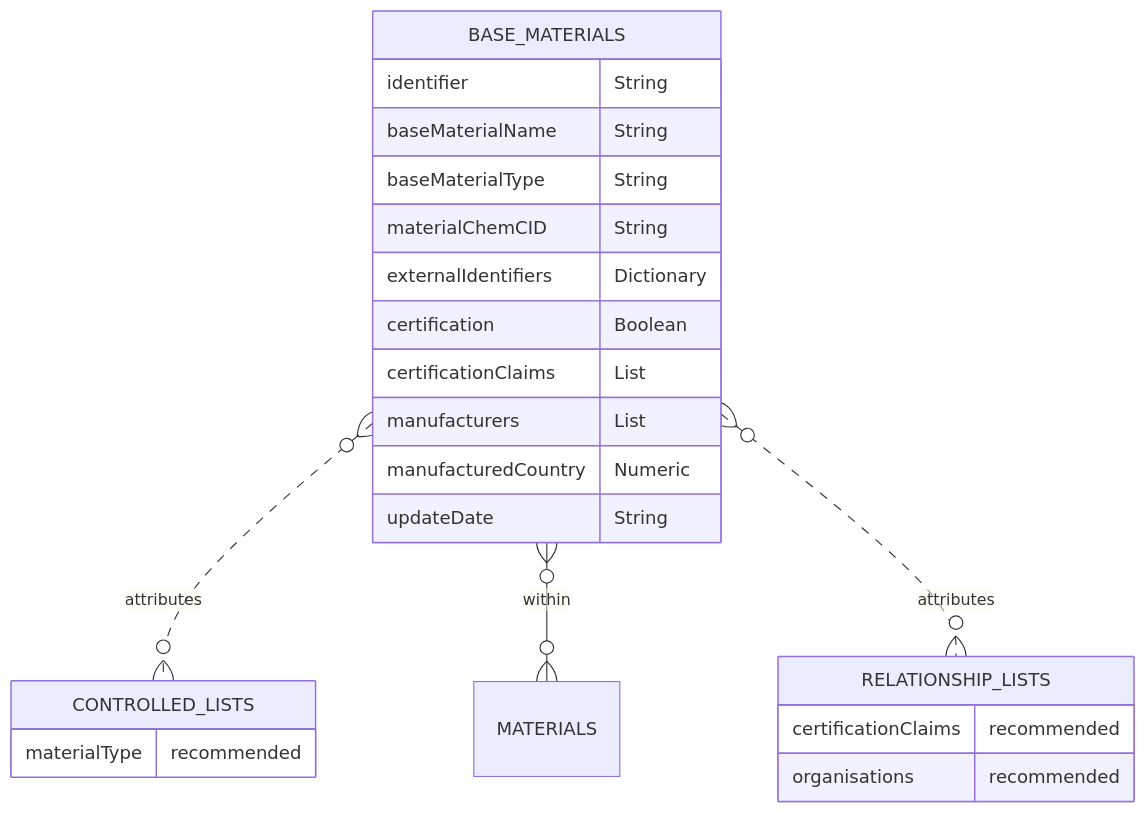
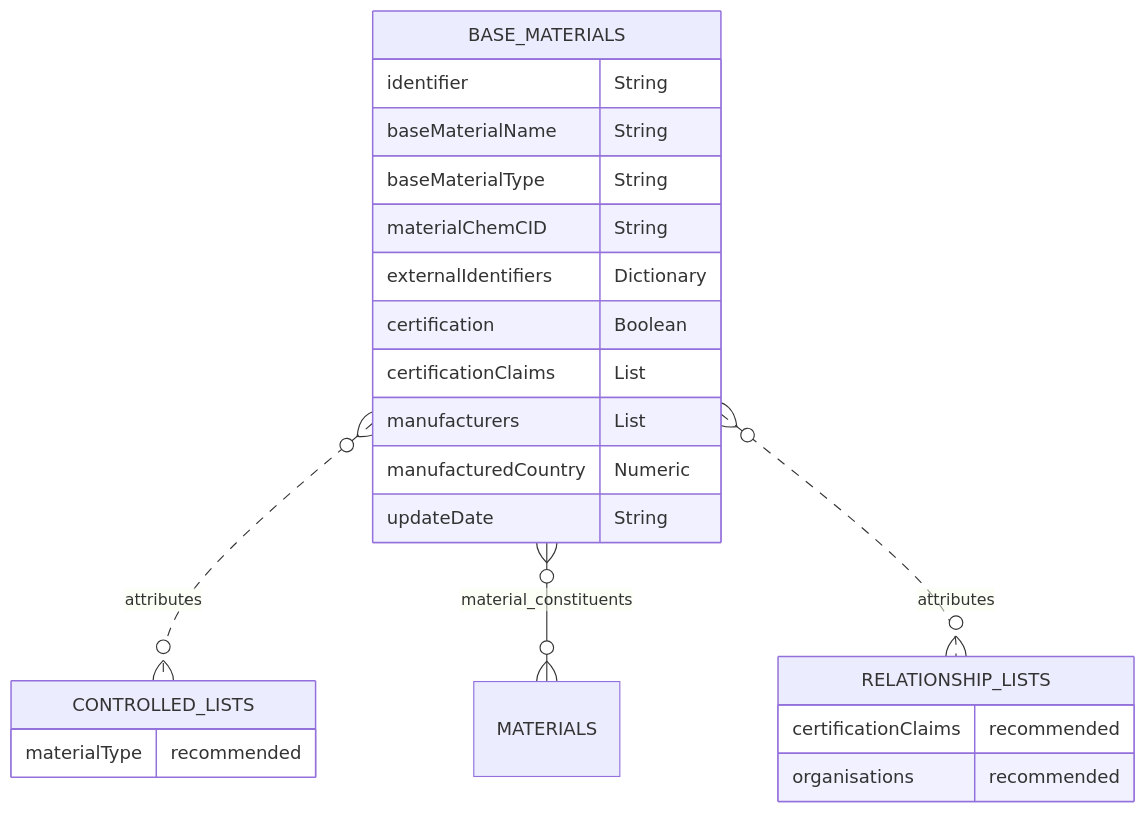
One commit to OpenDataManchester/Open3P changed the diagram in docs/3_Data_Specification/3_1_Base_Materials.md. Above: the diagram before and after it, drawn with Mermaid.

Commit message:
Update Materials with constituent joins

````diff
--- a/docs/3_Data_Specification/3_1_Base_Materials.md
+++ b/docs/3_Data_Specification/3_1_Base_Materials.md
@@ -26,25 +26,25 @@
 ``` mermaid
 erDiagram
   BASE_MATERIALS {
     identifier String
     baseMaterialName String
     baseMaterialType String
     materialChemCID String
     externalIdentifiers Dictionary
     certification Boolean
     certificationClaims List
     manufacturers List
     manufacturedCountry Numeric
     updateDate String
   }
   BASE_MATERIALS }o..o{ CONTROLLED_LISTS : attributes
-  BASE_MATERIALS }o--o{ MATERIALS : within
+  BASE_MATERIALS }o--o{ MATERIALS : material_constituents
   BASE_MATERIALS }o..o{ RELATIONSHIP_LISTS : attributes
   CONTROLLED_LISTS {
     materialType recommended 
   }
   RELATIONSHIP_LISTS {
     certificationClaims recommended
     organisations recommended
   }
 ```
````
